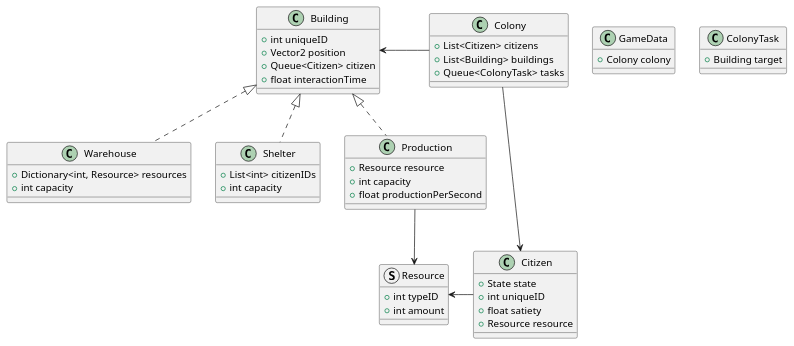
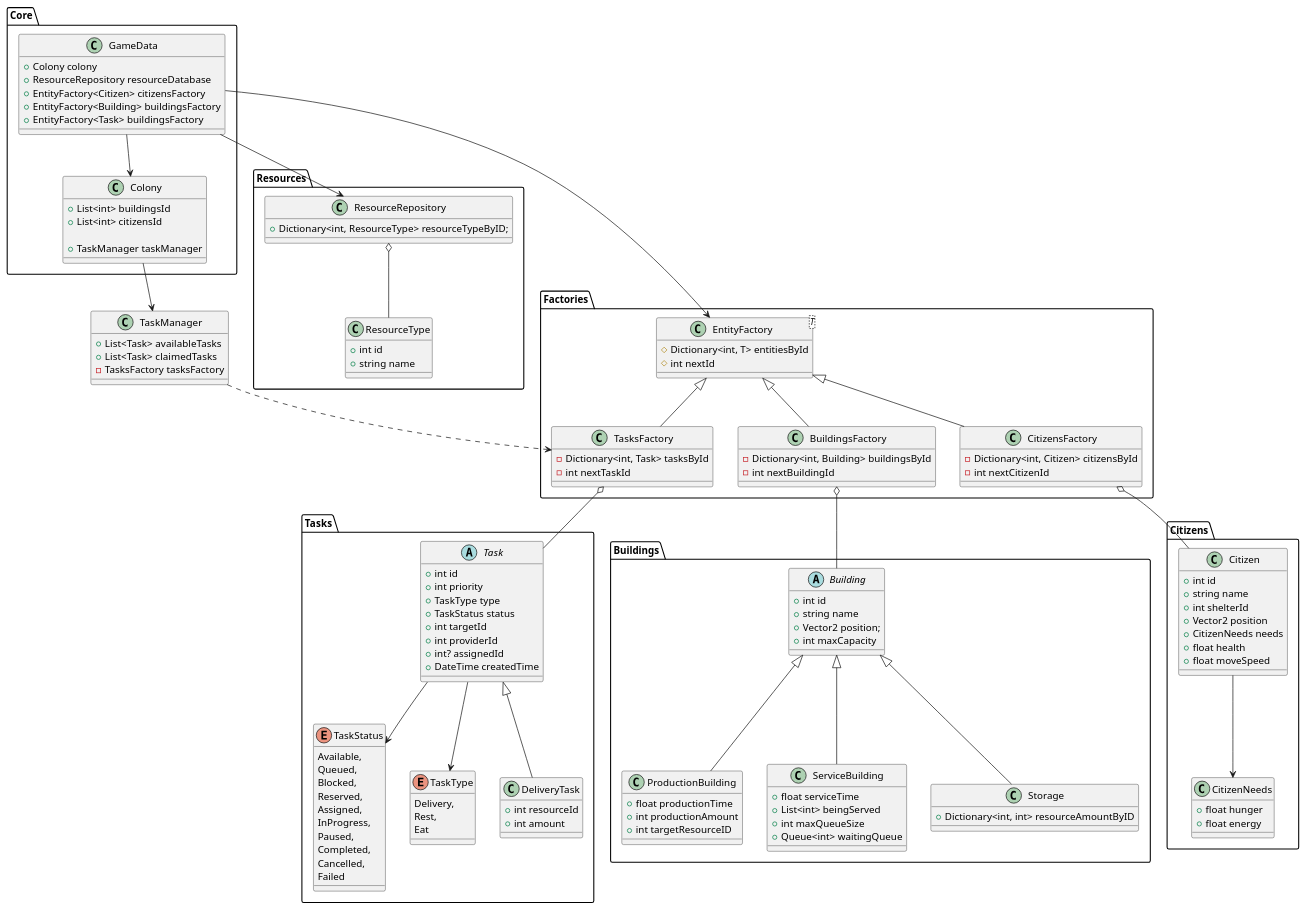
Before and after one commit to minusrep/Pivo-UML: the diagram in Core.puml, drawn with PlantUML.

Commit message:
add: basic entities and relationships

```diff
--- a/Core.puml
+++ b/Core.puml
@@ -1,65 +1,193 @@
 @startuml
 
-top to bottom direction
-
-
-class GameData 
+package "Core"
 {
-    +Colony colony
+    class GameData
+    {
+        +Colony colony
+        +ResourceRepository resourceDatabase
+        +EntityFactory<Citizen> citizensFactory
+        +EntityFactory<Building> buildingsFactory
+        +EntityFactory<Task> buildingsFactory
+    }
+    
+    class Colony 
+    {
+        +List<int> buildingsId
+        +List<int> citizensId
+        
+        +TaskManager taskManager
+    }
 }
 
-class Colony {
-    +List<Citizen> citizens
-    +List<Building> buildings
-    +Queue<ColonyTask> tasks
- }
+package "Factories"
+{
+    class EntityFactory<T>
+    {
+        #Dictionary<int, T> entitiesById
+        #int nextId
+    } 
+    
+    class TasksFactory
+    {
+        -Dictionary<int, Task> tasksById
+        -int nextTaskId
+    }
+    
+    class BuildingsFactory
+    {
+        -Dictionary<int, Building> buildingsById
+        -int nextBuildingId
+    }
 
-class ColonyTask {
-    +Building target
+    class CitizensFactory
+    {
+        -Dictionary<int, Citizen> citizensById
+        -int nextCitizenId
+    }
+    
+    EntityFactory <|-- CitizensFactory
+    EntityFactory <|-- BuildingsFactory
+    EntityFactory <|-- TasksFactory
 }
 
-class Building {
-    +int uniqueID
-    +Vector2 position
-    +Queue<Citizen> citizen
-    +float interactionTime
+package "Buildings" 
+{
+    abstract class Building
+    {
+        +int id
+        +string name
+        +Vector2 position;
+        +int maxCapacity
+    }
+    
+    class ProductionBuilding 
+    {
+        +float productionTime
+        +int productionAmount
+        +int targetResourceID
+    }
+    
+    class ServiceBuilding
+    {
+        +float serviceTime
+        +List<int> beingServed
+        +int maxQueueSize
+        +Queue<int> waitingQueue
+    }
+    
+    class Storage
+    {
+        +Dictionary<int, int> resourceAmountByID
+    }
+    
+    Building <|-- ProductionBuilding
+    Building <|-- ServiceBuilding
+    Building <|-- Storage
 }
 
-class Warehouse {
-    +Dictionary<int, Resource> resources
-    +int capacity
+package "Resources" 
+{
+    class ResourceType
+    {
+        +int id
+        +string name
+    }
+    
+    class ResourceRepository
+    {
+        +Dictionary<int, ResourceType> resourceTypeByID;
+    }
+    
+    ResourceRepository o-- ResourceType
 }
 
-class Shelter {
-    +List<int> citizenIDs
-    +int capacity
+class TaskManager
+{
+    +List<Task> availableTasks
+    +List<Task> claimedTasks
+    -TasksFactory tasksFactory
 }
 
-class Production {
-    +Resource resource
-    +int capacity
-    +float productionPerSecond
+package "Tasks"
+{
+    abstract class Task
+    {
+        +int id
+        +int priority
+        +TaskType type
+        +TaskStatus status
+        +int targetId
+        +int providerId
+        +int? assignedId
+        +DateTime createdTime
+    }
+    
+    enum TaskStatus
+    {
+        Available,
+        Queued,
+        Blocked,
+        Reserved,
+        Assigned,
+        InProgress,
+        Paused,
+        Completed,
+        Cancelled,
+        Failed
+    }
+    
+    enum TaskType
+    {
+        Delivery,
+        Rest,
+        Eat
+    }
+    
+    class DeliveryTask
+    {
+        +int resourceId
+        +int amount
+    }
+    
+    Task --> TaskStatus
+    Task --> TaskType
+    
+    Task <|-- DeliveryTask
 }
 
-class Citizen {
-    +State state
-    +int uniqueID
-    +float satiety
-    +Resource resource
+package "Citizens" 
+{
+    class Citizen
+    {
+        +int id
+        +string name
+        +int shelterId
+        +Vector2 position
+        +CitizenNeeds needs
+        +float health
+        +float moveSpeed
+    }
+    
+    class CitizenNeeds
+    {
+        +float hunger
+        +float energy
+    }
+    
+    Citizen --> CitizenNeeds
 }
 
-struct Resource
-{
-    +int typeID
-    +int amount
-}
+GameData --> Colony
+GameData --> ResourceRepository
+TaskManager ..> TasksFactory
 
+CitizensFactory o-- Citizen
+BuildingsFactory o-- Building
+TasksFactory o-- Task
 
-Building <|-. Shelter
-Building <|-. Warehouse
-Building <|-. Production
-Colony -> Citizen
-Building <- Colony
-Resource <- Citizen 
-Production --> Resource
+Colony --> TaskManager
+
+GameData --> EntityFactory
+
 @enduml
```
